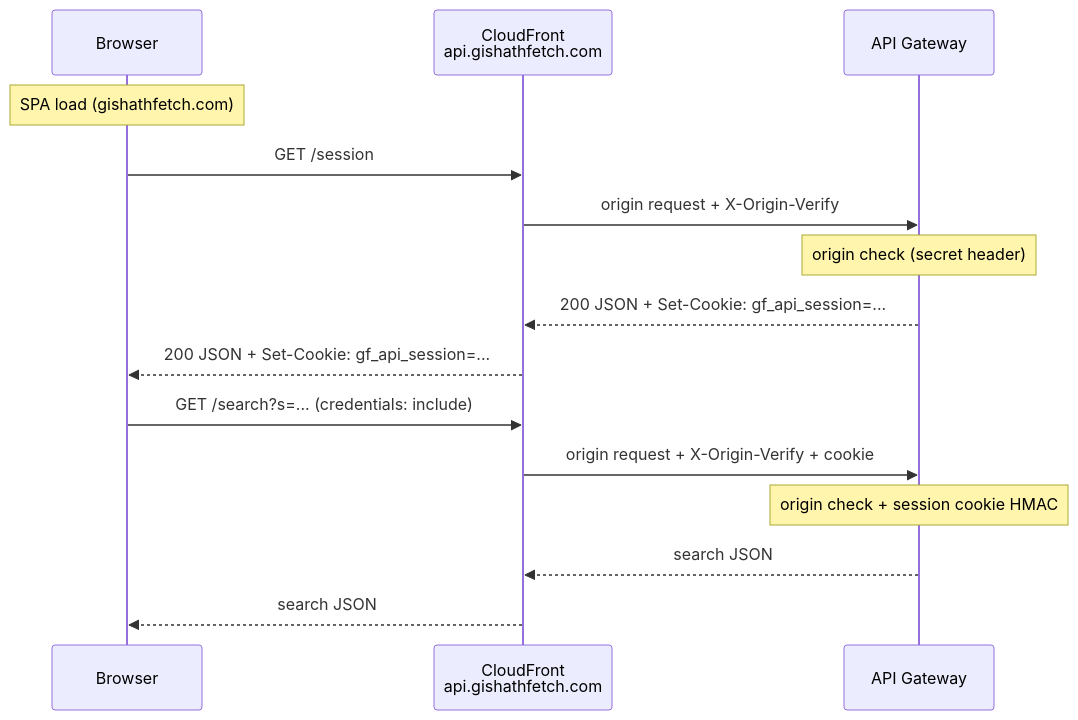
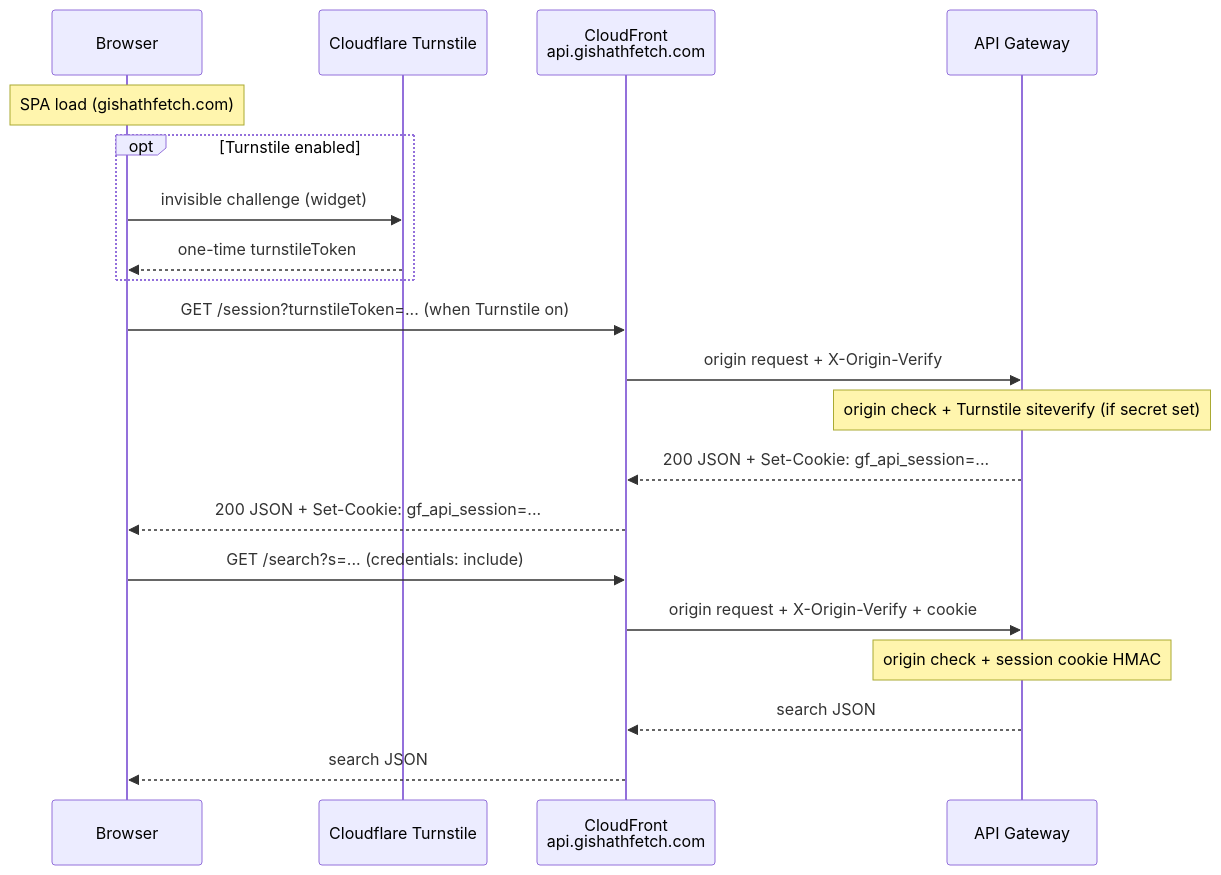
Before and after one commit to xenodus/gishathfetch: the diagram in docs/api-abuse-mitigation.md, drawn with Mermaid. The commit also changed other lines of this file and 3 other files, not shown here.

Commit message:
Document Cloudflare Turnstile in architecture and abuse-mitigation docs

````diff
--- a/docs/api-abuse-mitigation.md
+++ b/docs/api-abuse-mitigation.md
@@ -23,18 +26,23 @@
 ```mermaid
 sequenceDiagram
     participant U as Browser
+    participant TS as Cloudflare Turnstile
     participant CF as CloudFront<br/>api.gishathfetch.com
     participant API as API Gateway
 
     Note over U: SPA load (gishathfetch.com)
-    U->>CF: GET /session
+    opt Turnstile enabled
+        U->>TS: invisible challenge (widget)
+        TS-->>U: one-time turnstileToken
+    end
+    U->>CF: GET /session?turnstileToken=... (when Turnstile on)
     CF->>API: origin request + X-Origin-Verify
-    Note over API: origin check (secret header)
+    Note over API: origin check + Turnstile siteverify (if secret set)
     API-->>CF: 200 JSON + Set-Cookie: gf_api_session=...
     CF-->>U: 200 JSON + Set-Cookie: gf_api_session=...
     U->>CF: GET /search?s=... (credentials: include)
     CF->>API: origin request + X-Origin-Verify + cookie
     Note over API: origin check + session cookie HMAC
     API-->>CF: search JSON
     CF-->>U: search JSON
 ```
````
